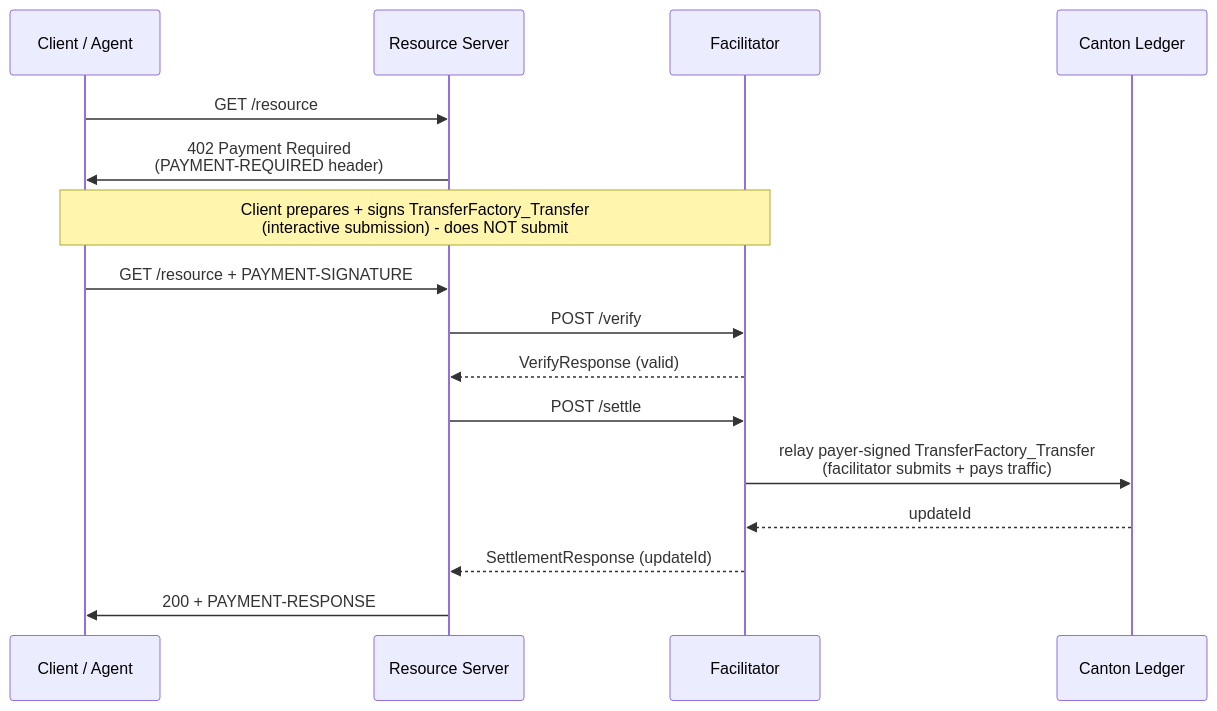
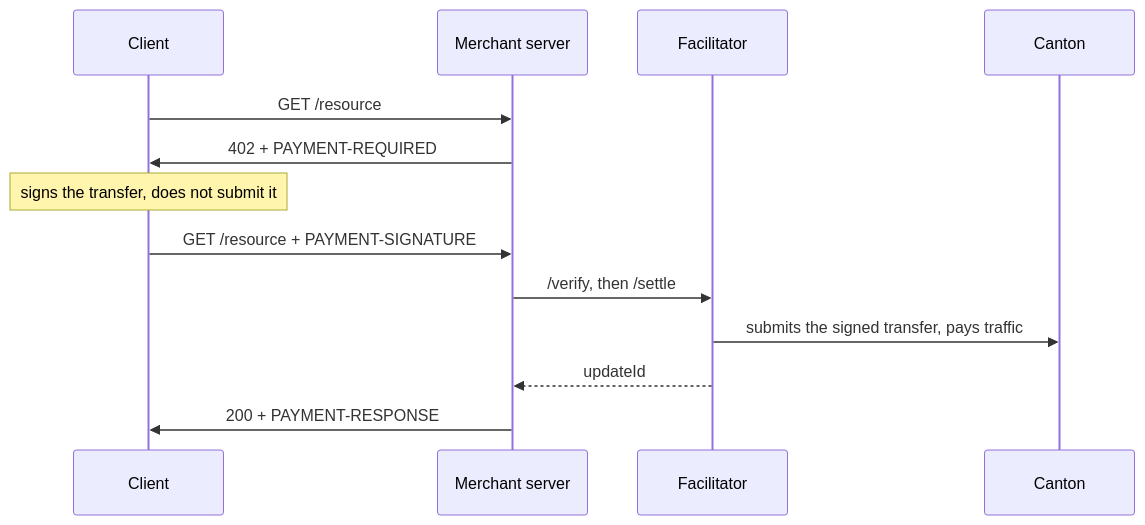
One commit to FTP-Tech-LLC/x402-canton-docs changed the diagram in x402-payments.mdx. Above: the diagram before and after it, drawn with Mermaid. The commit also changed other lines of this file, not shown here.

````diff
--- a/x402-payments.mdx
+++ b/x402-payments.mdx
@@ -14,19 +8,16 @@
 ```mermaid
 sequenceDiagram
-    participant C as Client / Agent
-    participant R as Resource Server
+    participant C as Client
+    participant R as Merchant server
     participant F as Facilitator
-    participant L as Canton Ledger
+    participant L as Canton
 
     C->>R: GET /resource
-    R->>C: 402 Payment Required<br/>(PAYMENT-REQUIRED header)
-    note over C,F: Client prepares + signs TransferFactory_Transfer<br/>(interactive submission) - does NOT submit
+    R->>C: 402 + PAYMENT-REQUIRED
+    note over C: signs the transfer, does not submit it
     C->>R: GET /resource + PAYMENT-SIGNATURE
-    R->>F: POST /verify
-    F-->>R: VerifyResponse (valid)
-    R->>F: POST /settle
-    F->>L: relay payer-signed TransferFactory_Transfer<br/>(facilitator submits + pays traffic)
-    L-->>F: updateId
-    F-->>R: SettlementResponse (updateId)
+    R->>F: /verify, then /settle
+    F->>L: submits the signed transfer, pays traffic
+    F-->>R: updateId
     R->>C: 200 + PAYMENT-RESPONSE
 ```
````
